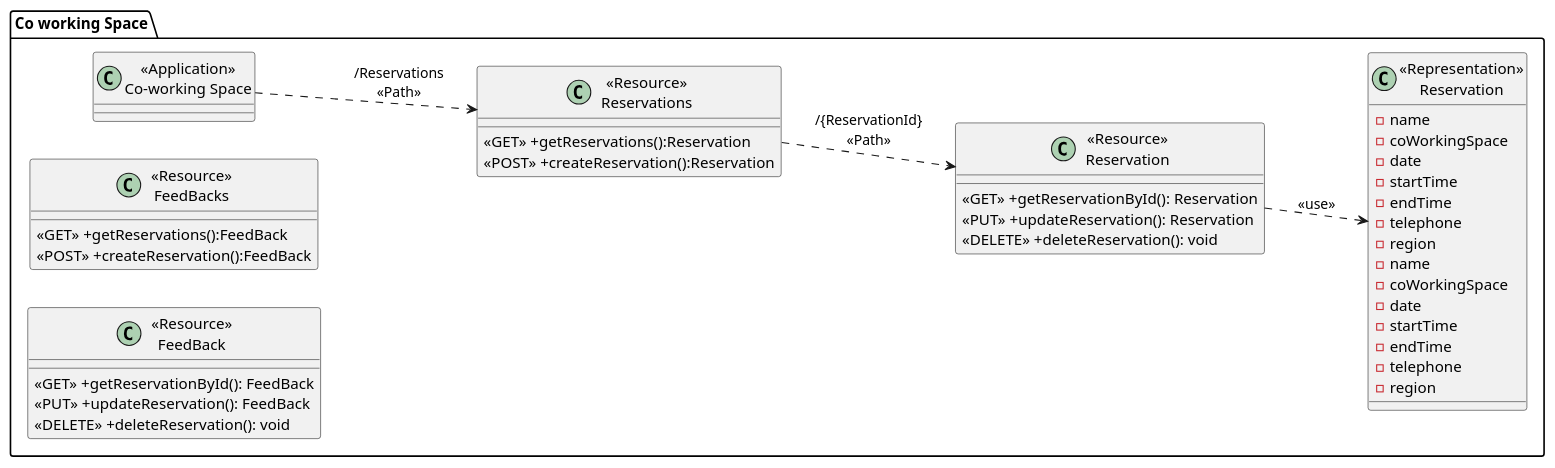
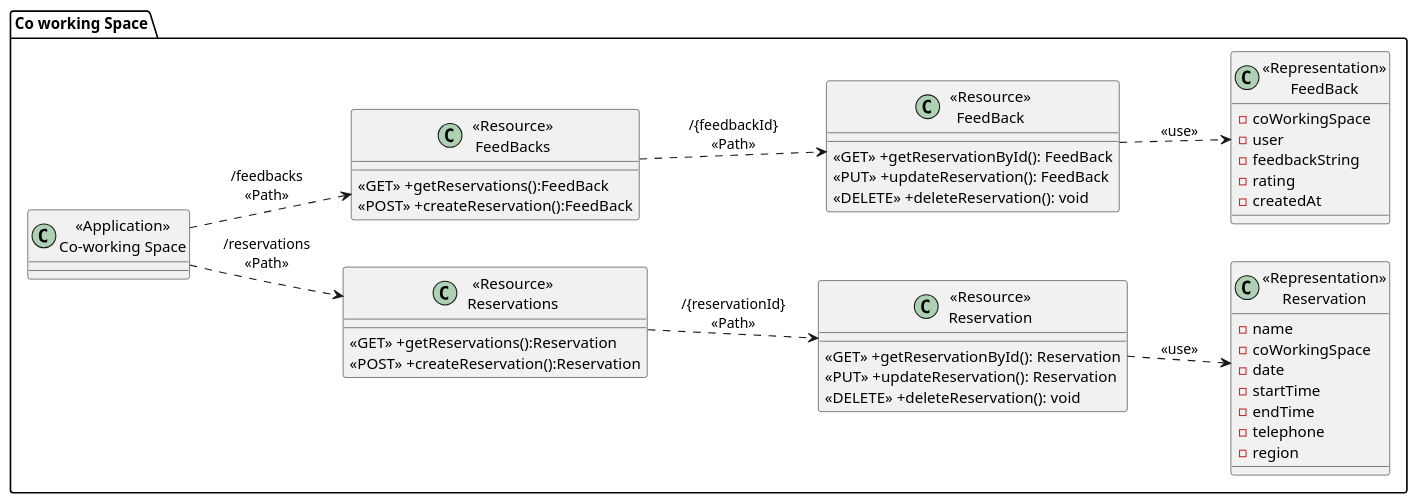
The diagram in uml/coWorking_ClassDiagram.puml (GavinITP/co-working-space-reservation), drawn with PlantUML before and after one commit.

Commit message:
class diagram v1

```diff
--- a/uml/coWorking_ClassDiagram.puml
+++ b/uml/coWorking_ClassDiagram.puml
@@ -1,54 +1,56 @@
 @startuml Co-working Class Diagram
 left to right direction
 package "Co working Space"{
     class "<<Application>>\nCo-working Space" as CoWorkingService{}
 
     class "<<Resource>>\nReservations" as ResourceReservations{
         <<GET>> +getReservations():Reservation
         <<POST>> +createReservation():Reservation
     }
 
     class "<<Resource>>\nReservation" as ResourceReservation {
         <<GET>> +getReservationById(): Reservation
         <<PUT>> +updateReservation(): Reservation
         <<DELETE>> +deleteReservation(): void
     }
 
     class "<<Representation>>\nReservation" as RepresentationReservation {
         -name
         -coWorkingSpace
         -date
         -startTime
         -endTime
         -telephone
         -region
     }
 
     class "<<Resource>>\nFeedBacks" as ResourceFeedBacks{
         <<GET>> +getReservations():FeedBack
         <<POST>> +createReservation():FeedBack
     }
 
     class "<<Resource>>\nFeedBack" as ResourceFeedBack {
         <<GET>> +getReservationById(): FeedBack
         <<PUT>> +updateReservation(): FeedBack
         <<DELETE>> +deleteReservation(): void
     }
 
-    class "<<Representation>>\nReservation" as RepresentationReservation {
-        -name
+    class "<<Representation>>\nFeedBack" as RepresentationFeedBack {
         -coWorkingSpace
-        -date
-        -startTime
-        -endTime
-        -telephone
-        -region
+        -user
+        -feedbackString
+        -rating
+        -createdAt
     }
 
 }
 
-CoWorkingService ..> ResourceReservations:"/Reservations\n<<Path>>"
-ResourceReservations ..> ResourceReservation: "/{ReservationId}\n<<Path>>"
+CoWorkingService ..> ResourceReservations:"/reservations\n<<Path>>"
+ResourceReservations ..> ResourceReservation: "/{reservationId}\n<<Path>>"
 ResourceReservation ..> RepresentationReservation: "<<use>>"
 
+CoWorkingService ..> ResourceFeedBacks:"/feedbacks\n<<Path>>"
+ResourceFeedBacks ..> ResourceFeedBack: "/{feedbackId}\n<<Path>>"
+ResourceFeedBack ..> RepresentationFeedBack: "<<use>>"
+
 @enduml
```
